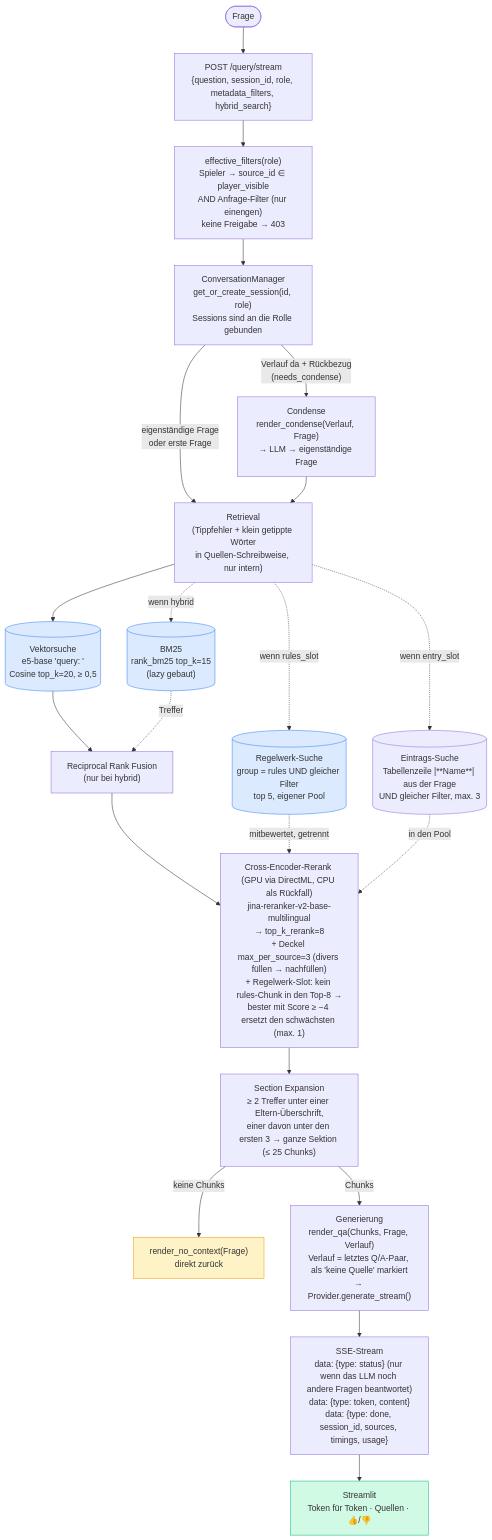
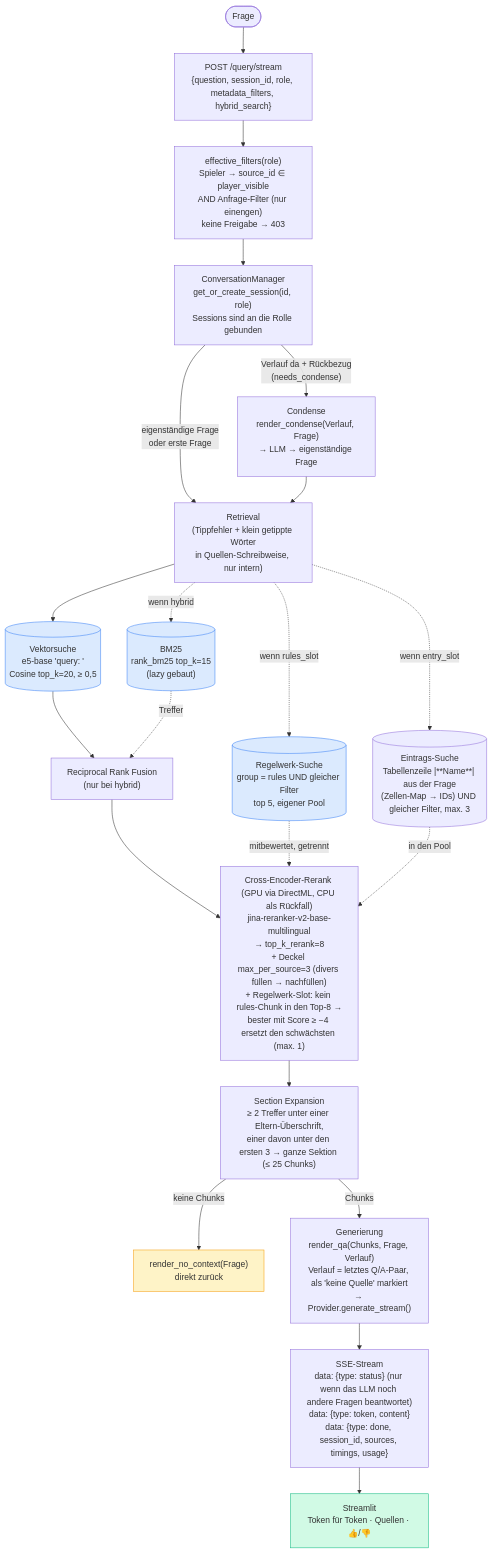
The second of 5 diagrams in docs/data-flow.md (FabianHentrich/lorekeeper), drawn with Mermaid before and after one commit. The commit also changed 13 other files, not shown here.

First line of the commit message:
Review 13.7 B4/C: entry-slot cell map, parallel searches, cache warm-up - retrieval p50 312 -> 182 ms

````diff
--- a/docs/data-flow.md
+++ b/docs/data-flow.md
@@ -69,43 +69,43 @@
 ```mermaid
 flowchart TD
     USER([Frage]) --> API["POST /query/stream\n{question, session_id, role, metadata_filters, hybrid_search}"]
 
     API --> ACCESS["effective_filters(role)\nSpieler → source_id ∈ player_visible\nAND Anfrage-Filter (nur einengen)\nkeine Freigabe → 403"]
     ACCESS --> CM["ConversationManager\nget_or_create_session(id, role)\nSessions sind an die Rolle gebunden"]
 
     CM -->|"Verlauf da + Rückbezug\n(needs_condense)"| COND["Condense\nrender_condense(Verlauf, Frage)\n→ LLM → eigenständige Frage"]
     CM -->|"eigenständige Frage\noder erste Frage"| RET
 
     COND --> RET
 
     RET["Retrieval\n(Tippfehler + klein getippte Wörter\nin Quellen-Schreibweise, nur intern)"]
 
     RET --> VEC[("Vektorsuche\ne5-base 'query: '\nCosine top_k=20, ≥ 0,5")]
     RET -.->|"wenn hybrid"| BM25[("BM25\nrank_bm25 top_k=15\n(lazy gebaut)")]
     RET -.->|"wenn rules_slot"| RULES[("Regelwerk-Suche\ngroup = rules UND gleicher Filter\ntop 5, eigener Pool")]
-    RET -.->|"wenn entry_slot"| ENTRY[("Eintrags-Suche\nTabellenzeile |**Name**| aus der Frage\nUND gleicher Filter, max. 3")]
+    RET -.->|"wenn entry_slot"| ENTRY[("Eintrags-Suche\nTabellenzeile |**Name**| aus der Frage\n(Zellen-Map → IDs) UND gleicher Filter, max. 3")]
 
     VEC --> RRF["Reciprocal Rank Fusion\n(nur bei hybrid)"]
     BM25 -.->|"Treffer"| RRF
 
     RRF --> RERANK["Cross-Encoder-Rerank (GPU via DirectML, CPU als Rückfall)\njina-reranker-v2-base-multilingual\n→ top_k_rerank=8\n+ Deckel max_per_source=3 (divers füllen → nachfüllen)\n+ Regelwerk-Slot: kein rules-Chunk in den Top-8 →\nbester mit Score ≥ −4 ersetzt den schwächsten (max. 1)"]
     RULES -.->|"mitbewertet, getrennt"| RERANK
     ENTRY -.->|"in den Pool"| RERANK
 
     RERANK --> EXP["Section Expansion\n≥ 2 Treffer unter einer Eltern-Überschrift,\neiner davon unter den ersten 3 → ganze Sektion (≤ 25 Chunks)"]
 
     EXP -->|"keine Chunks"| NOCX["render_no_context(Frage)\ndirekt zurück"]
     EXP -->|"Chunks"| GEN
 
     GEN["Generierung\nrender_qa(Chunks, Frage, Verlauf)\nVerlauf = letztes Q/A-Paar, als 'keine Quelle' markiert\n→ Provider.generate_stream()"]
 
     GEN --> SSE["SSE-Stream\ndata: {type: status} (nur wenn das LLM noch andere Fragen beantwortet)\ndata: {type: token, content}\ndata: {type: done, session_id, sources, timings, usage}"]
 
     SSE --> UI["Streamlit\nToken für Token · Quellen · 👍/👎"]
 
     style VEC fill:#dbeafe,stroke:#3b82f6
     style BM25 fill:#dbeafe,stroke:#3b82f6
     style RULES fill:#dbeafe,stroke:#3b82f6
     style NOCX fill:#fef3c7,stroke:#f59e0b
     style UI fill:#d1fae5,stroke:#10b981
 ```
````
